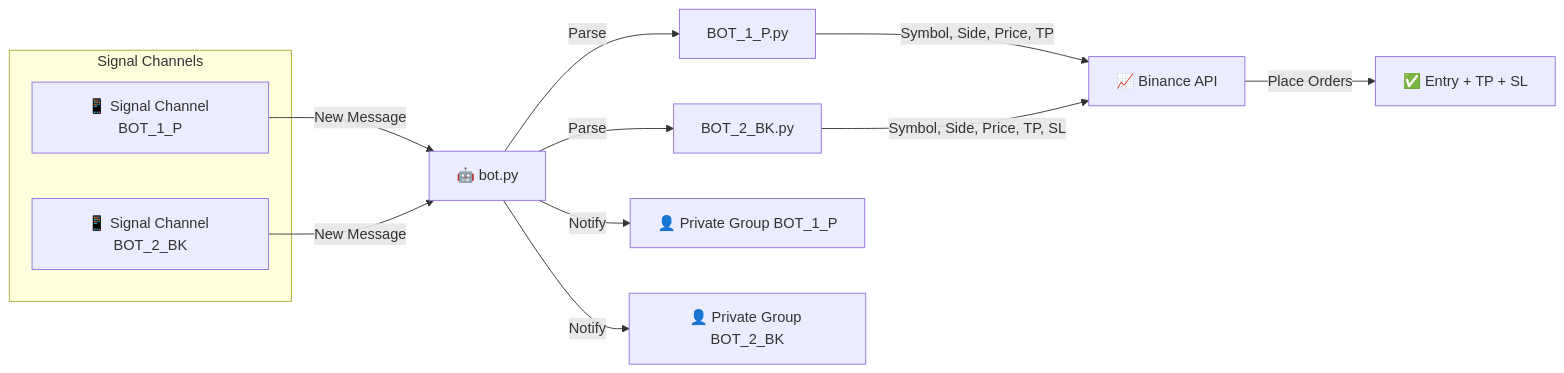
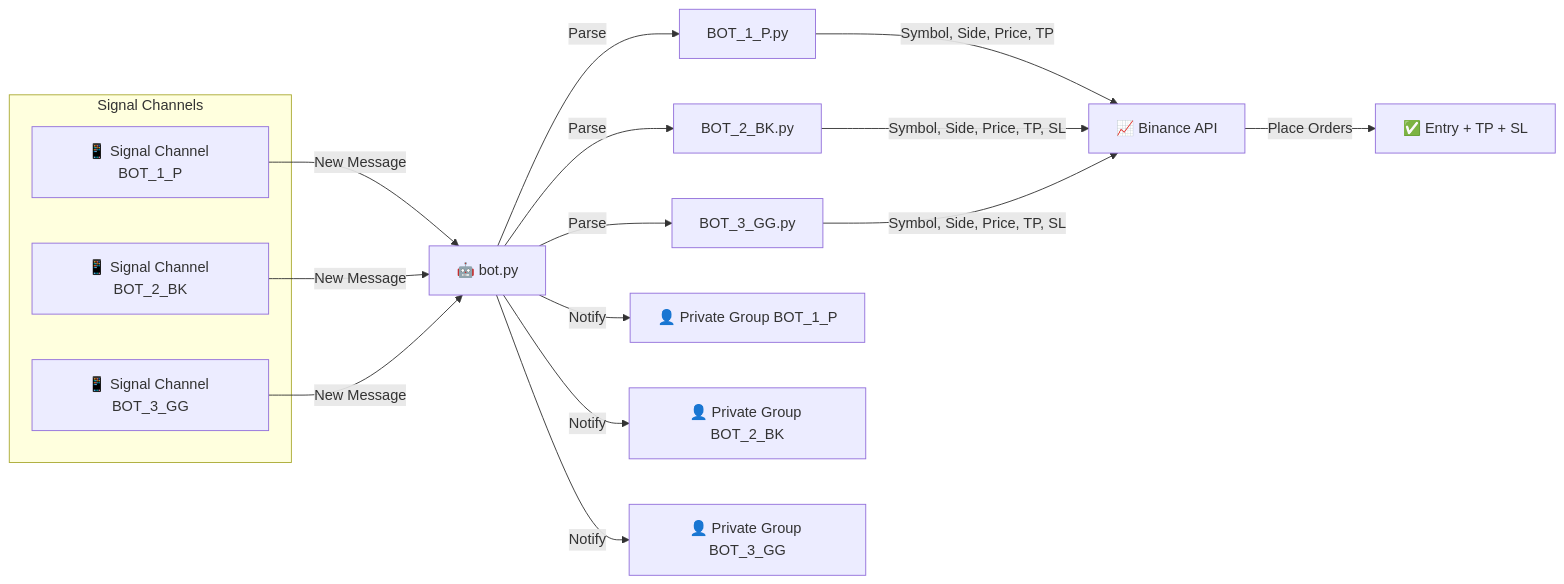
Before and after one commit to abhijitgawai/TradingBotTelegram2: the diagram in README.md, drawn with Mermaid. The commit also changed other lines of this file and 1 other file, not shown here.

````diff
--- a/README.md
+++ b/README.md
@@ -7,21 +7,26 @@
 ```mermaid
 flowchart LR
     subgraph Signal Channels
         A1[📱 Signal Channel BOT_1_P]
         A2[📱 Signal Channel BOT_2_BK]
+        A3[📱 Signal Channel BOT_3_GG]
     end
     
     A1 -->|New Message| B[🤖 bot.py]
     A2 -->|New Message| B
+    A3 -->|New Message| B
     
     B -->|Parse| C1[BOT_1_P.py]
     B -->|Parse| C2[BOT_2_BK.py]
+    B -->|Parse| C3[BOT_3_GG.py]
     
     C1 -->|Symbol, Side, Price, TP| D[📈 Binance API]
     C2 -->|Symbol, Side, Price, TP, SL| D
+    C3 -->|Symbol, Side, Price, TP, SL| D
     
     D -->|Place Orders| E[✅ Entry + TP + SL]
     
     B -->|Notify| F1[👤 Private Group BOT_1_P]
     B -->|Notify| F2[👤 Private Group BOT_2_BK]
+    B -->|Notify| F3[👤 Private Group BOT_3_GG]
 ```
````
